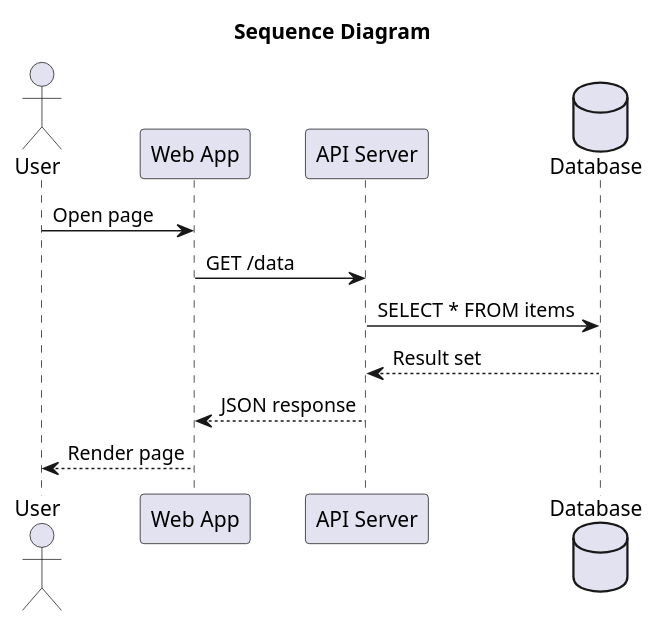
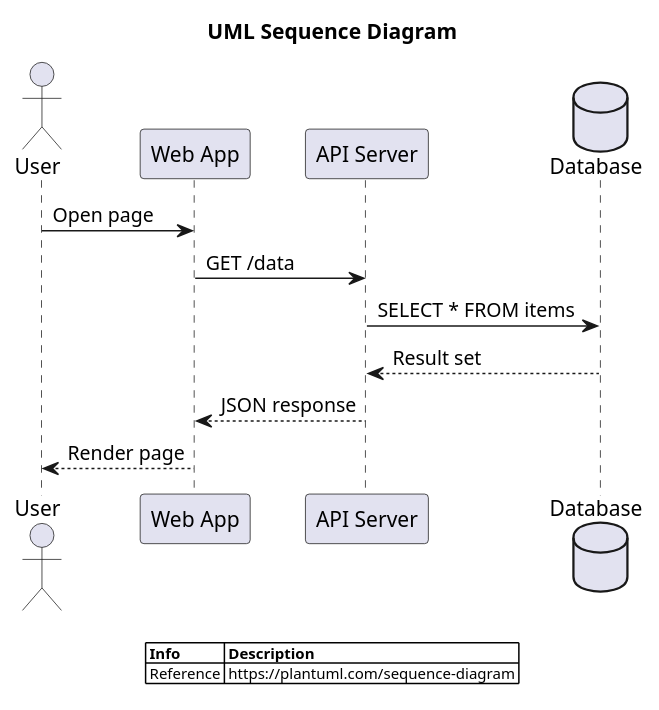
One commit to diosaraiva/plantuml-gui changed the diagram in plantuml-gui-java/src/main/resources/plantuml/samples/uml_sequence.puml. Above: the diagram before and after it, drawn with PlantUML. The commit also changed 27 other files, not shown here.

```diff
--- a/plantuml-gui-java/src/main/resources/plantuml/samples/uml_sequence.puml
+++ b/plantuml-gui-java/src/main/resources/plantuml/samples/uml_sequence.puml
@@ -1,17 +1,30 @@
 @startuml
 !pragma layout smetana
 
-title Sequence Diagram
+title UML Sequence Diagram
 
+' ---- Customizations ----
+skinparam legendBackgroundColor #white
+skinparam legendBorderColor #white
+skinparam legendFontSize 10
+
+' ---- Elements ----
 actor User
 participant "Web App" as App
 participant "API Server" as API
 database "Database" as DB
 
+' ---- Relations ----
 User -> App : Open page
 App -> API : GET /data
 API -> DB : SELECT * FROM items
 DB --> API : Result set
 API --> App : JSON response
 App --> User : Render page
+
+legend
+|= Info |= Description |
+| Reference | https://plantuml.com/sequence-diagram |
+endlegend
+
 @enduml
```
